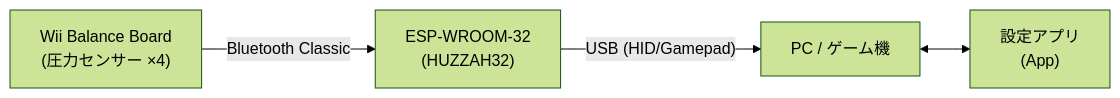
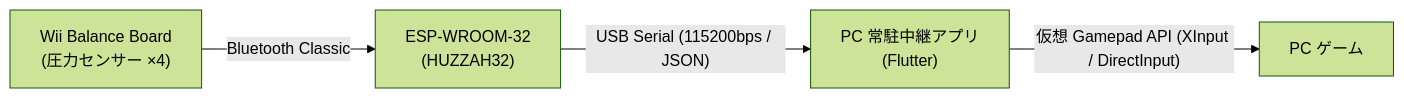
One commit to tfuru/BalanceBoard-Gamepad changed the diagram in README.md. Above: the diagram before and after it, drawn with Mermaid (forest theme). The commit also changed other lines of this file and 2 other files, not shown here.

Commit message:
docs: Appの定義をPC常駐中継アプリ(Resident Relay App)として各READMEを更新

````diff
--- a/README.md
+++ b/README.md
@@ -11,6 +11,6 @@
 ```mermaid
 flowchart LR
     WBB["Wii Balance Board\n(圧力センサー ×4)"] -- Bluetooth Classic --> ESP["ESP-WROOM-32\n(HUZZAH32)"]
-    ESP -- USB (HID/Gamepad) --> PC["PC / ゲーム機"]
-    PC <--> App["設定アプリ\n(App)"]
+    ESP -- USB Serial (115200bps / JSON) --> App["PC 常駐中継アプリ\n(Flutter)"]
+    App -- 仮想 Gamepad API (XInput / DirectInput) --> Game["PC ゲーム"]
 ```
````
